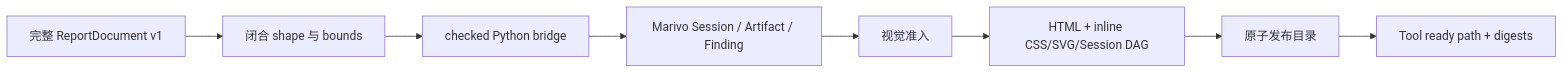
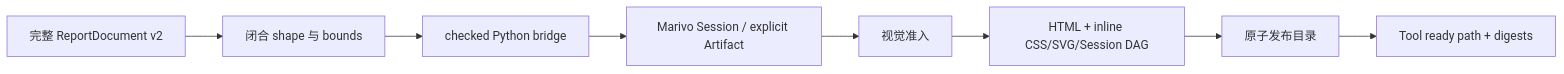
Before and after one commit to chengxianglibra/dsh-data-analysis: the diagram in docs/modules/html-report-rendering.md, drawn with Mermaid. The commit also changed other lines of this file and 19 other files, not shown here.

````diff
--- a/docs/modules/html-report-rendering.md
+++ b/docs/modules/html-report-rendering.md
@@ -16,10 +16,10 @@
 ```mermaid
 flowchart LR
-  D[完整 ReportDocument v1] --> P[闭合 shape 与 bounds]
+  D[完整 ReportDocument v2] --> P[闭合 shape 与 bounds]
   P --> B[checked Python bridge]
-  B --> M[Marivo Session / Artifact / Finding]
+  B --> M[Marivo Session / explicit Artifact]
   M --> V[视觉准入]
   V --> H[HTML + inline CSS/SVG/Session DAG]
   H --> A[原子发布目录]
   A --> T[Tool ready path + digests]
 ```
````
